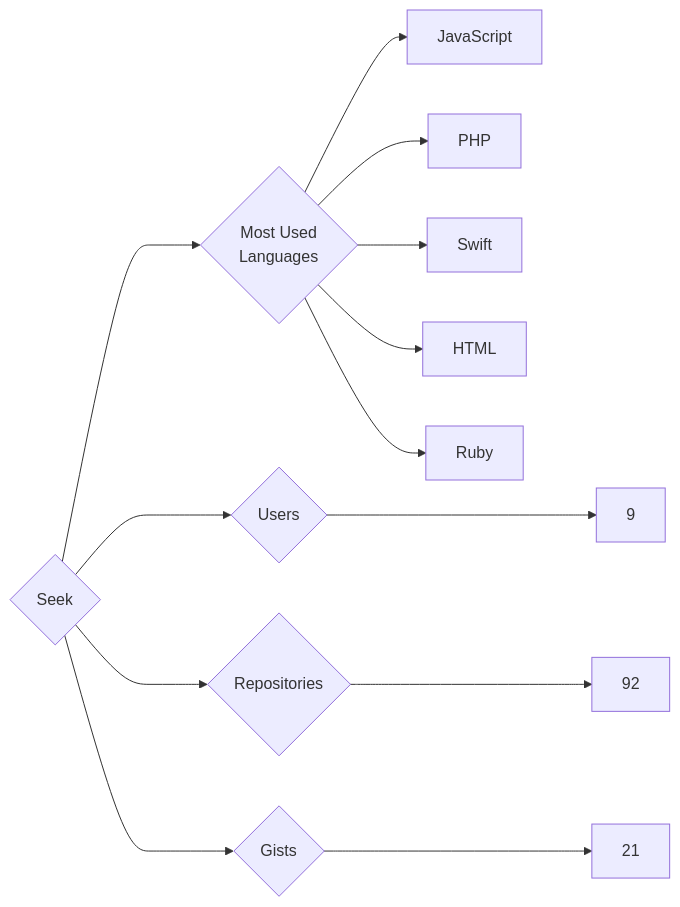
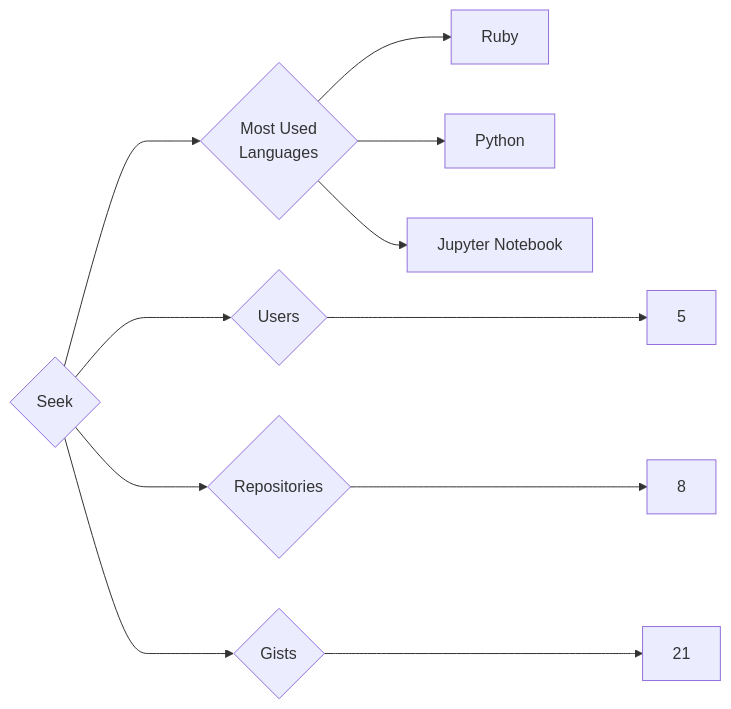
Before and after one commit to trickest/insiders: the diagram in targets/Seek/README.md, drawn with Mermaid. The commit also changed 1508 other files, not shown here.

````diff
--- a/targets/Seek/README.md
+++ b/targets/Seek/README.md
@@ -3,13 +3,11 @@
 ```mermaid
 graph LR
 COMPANY_NAME{Seek}
-COMPANY_NAME ---> U{Users} ---> UN[9]
-COMPANY_NAME ---> R{Repositories} ---> RN[92]
+COMPANY_NAME ---> U{Users} ---> UN[5]
+COMPANY_NAME ---> R{Repositories} ---> RN[8]
 COMPANY_NAME ---> G{Gists} ---> GN[21]
 COMPANY_NAME ---> ML{Most Used<br>Languages}
-ML --> JavaScript[JavaScript]
-ML --> PHP[PHP]
-ML --> Swift[Swift]
-ML --> HTML[HTML]
 ML --> Ruby[Ruby]
+ML --> Python[Python]
+ML --> Jupyter_Notebook[Jupyter Notebook]
 ```
````
